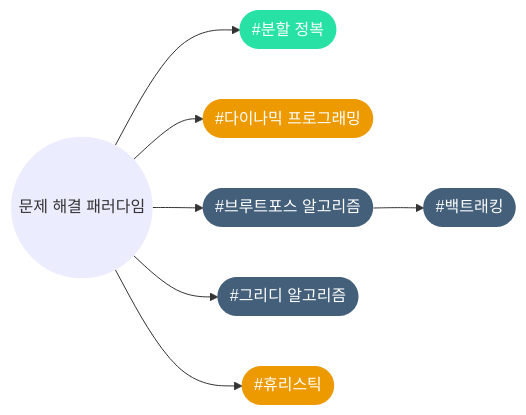
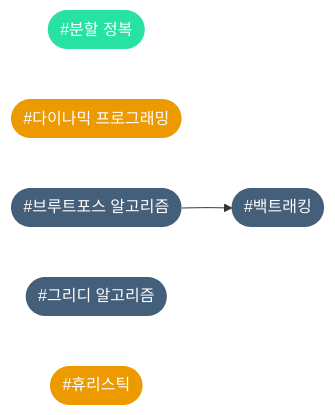
One commit to CHOYUNSIG/algorithm_with_boj changed the third of 13 diagrams in index.md. Above: the diagram before and after it, drawn with Mermaid.

Commit message:
화면 수정

```diff
--- a/index.md
+++ b/index.md
@@ -104,27 +104,23 @@
 <pre class="mermaid">
     graph LR
     
-    Paradigm --> #divide_and_conquer
-    Paradigm --> #dp
-    Paradigm --> #bruteforcing
-    Paradigm --> #greedy
-    Paradigm --> #heuristics
+    #divide_and_conquer
+    #dp
     #bruteforcing --> #backtracking
-
-    Paradigm((문제 해결 패러다임)):::paradigm
-    classDef paradigm stroke:#0000
+    #greedy
+    #heuristics
 
     #greedy(["#그리디 알고리즘"]):::tier1
     #dp(["#다이나믹 프로그래밍"]):::tier2
     #backtracking(["#백트래킹"]):::tier1
     #divide_and_conquer(["#분할 정복"]):::tier3
     #bruteforcing(["#브루트포스 알고리즘"]):::tier1
     #heuristics(["#휴리스틱"]):::tier2
 
     classDef tier0 fill:#ad5600, color:#fff, stroke:#0000
     classDef tier1 fill:#435f7a, color:#fff, stroke:#0000
     classDef tier2 fill:#ec9a00, color:#fff, stroke:#0000
     classDef tier3 fill:#27e2a4, color:#fff, stroke:#0000
     classDef tier4 fill:#00b4fc, color:#fff, stroke:#0000
     classDef tier5 fill:#ff0062, color:#fff, stroke:#0000
 </pre>
```
